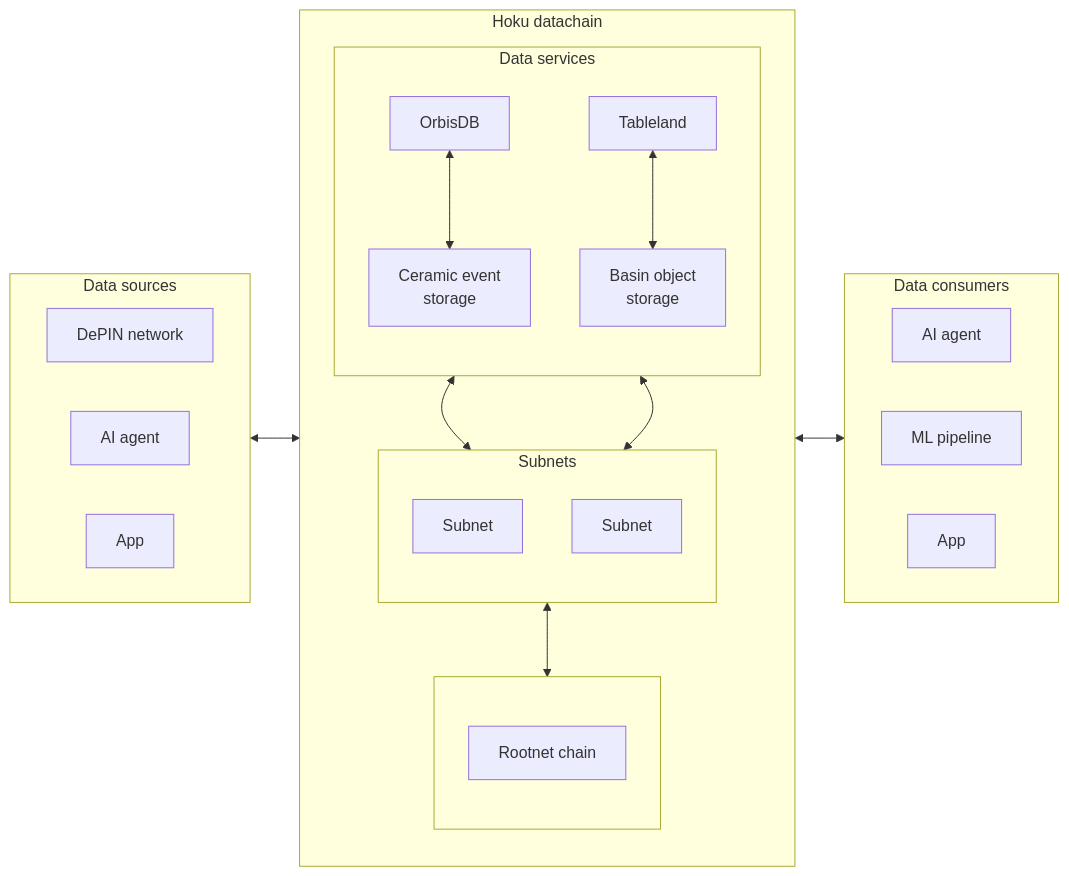
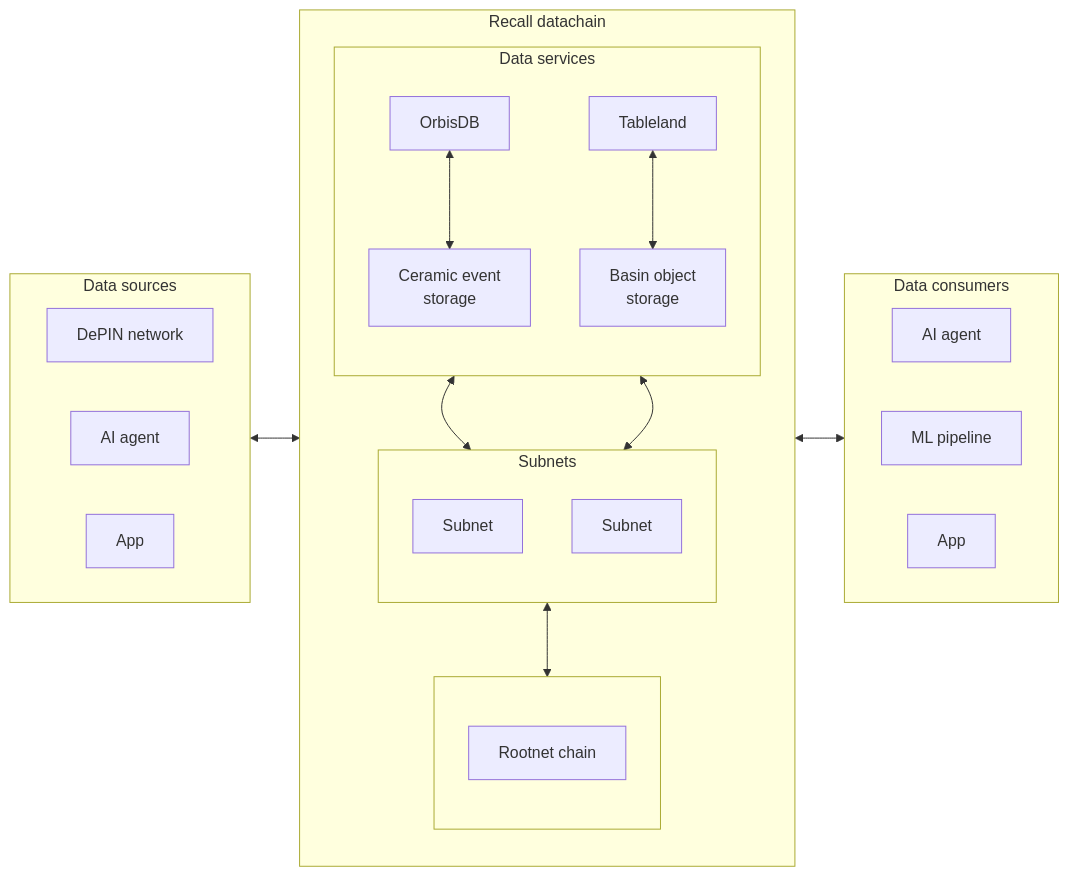
Before and after one commit to recallnet/docs: the diagram in pages/home/introduction.mdx, drawn with Mermaid. The commit also changed other lines of this file and 52 other files, not shown here.

Commit message:
chore: rename hoku -> recall

````diff
--- a/pages/home/introduction.mdx
+++ b/pages/home/introduction.mdx
@@ -50,45 +50,45 @@
 ```mermaid
 flowchart LR
     subgraph DataSources["Data sources"]
       direction LR
         A["DePIN network"]
         B["AI agent"]
         C["App"]
     end
 
-    subgraph Hoku["Hoku datachain"]
+    subgraph Recall["Recall datachain"]
       direction TB
         subgraph Services["Data services"]
           direction TB
             Ceramic["Ceramic event\nstorage"]
             Basin["Basin object\nstorage"]
             Orbis["OrbisDB"]
             Tableland["Tableland"]
         end
         subgraph Subnets["Subnets"]
           direction TB
             SubnetA["Subnet"]
             SubnetB["Subnet"]
         end
       subgraph Rootnet[" "]
         direction TB
           M["Rootnet chain"]
       end
     end
 
     subgraph DataConsumers["Data consumers"]
       direction LR
         D["AI agent"]
         E["ML pipeline"]
         F["App"]
     end
 
-DataSources <--> Hoku
+DataSources <--> Recall
 Subnets <--> Rootnet
 Orbis <--> Ceramic
 Tableland <--> Basin
-Hoku <--> DataConsumers
+Recall <--> DataConsumers
 Ceramic <--> Subnets
 Basin <--> Subnets
 
 ```
````
